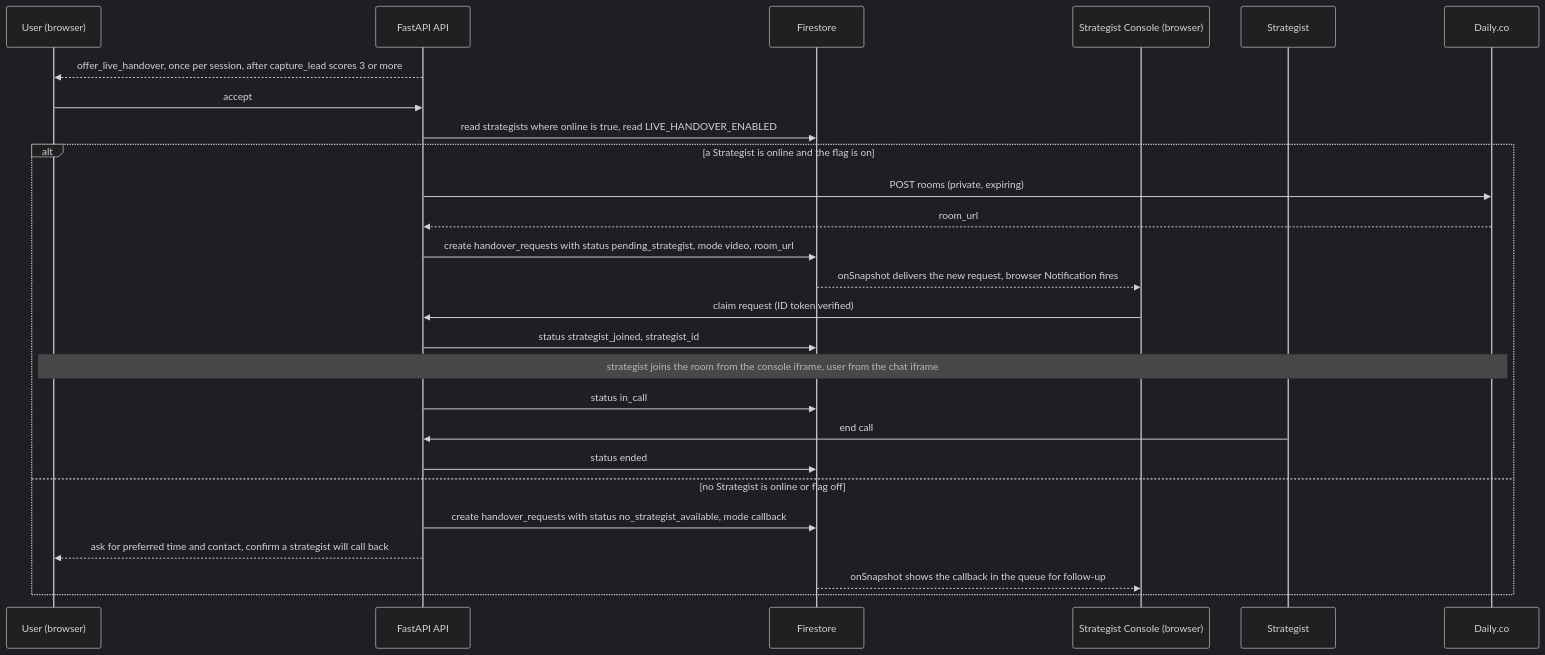
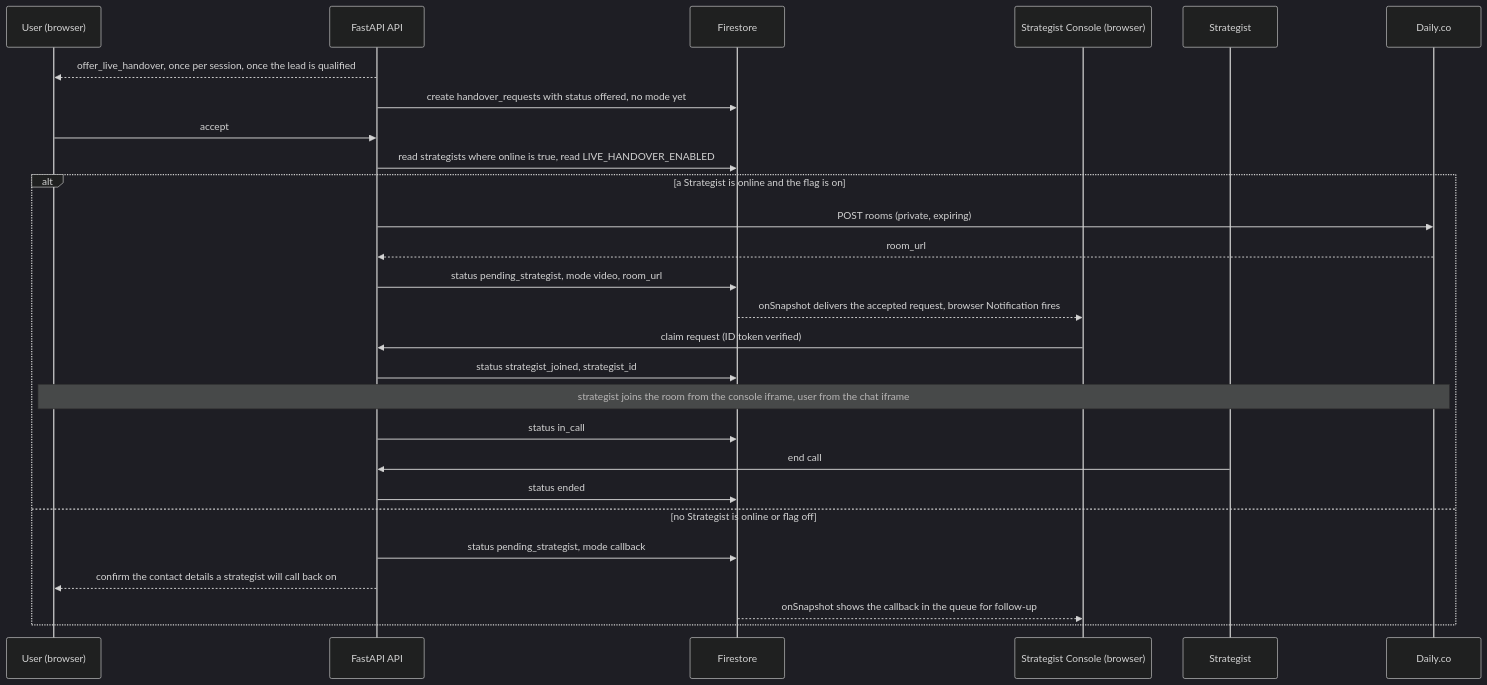
One commit to gsbecerrag/cadre-ai-challenge changed the fourth of 7 diagrams in docs/architecture.md. Above: the diagram before and after it, drawn with Mermaid (dark theme). The commit also changed other lines of this file and 1 other file, not shown here.

First line of the commit message:
docs(handover): correct the offer gate and the request lifecycle

````diff
--- a/docs/architecture.md
+++ b/docs/architecture.md
@@ -110,28 +110,29 @@
 ```mermaid
 sequenceDiagram
   participant U as User (browser)
   participant A as FastAPI API
   participant F as Firestore
   participant C as Strategist Console (browser)
   participant G as Strategist
   participant D as Daily.co
-  A-->>U: offer_live_handover, once per session, after capture_lead scores 3 or more
+  A-->>U: offer_live_handover, once per session, once the lead is qualified
+  A->>F: create handover_requests with status offered, no mode yet
   U->>A: accept
   A->>F: read strategists where online is true, read LIVE_HANDOVER_ENABLED
   alt a Strategist is online and the flag is on
     A->>D: POST rooms (private, expiring)
     D-->>A: room_url
-    A->>F: create handover_requests with status pending_strategist, mode video, room_url
-    F-->>C: onSnapshot delivers the new request, browser Notification fires
+    A->>F: status pending_strategist, mode video, room_url
+    F-->>C: onSnapshot delivers the accepted request, browser Notification fires
     C->>A: claim request (ID token verified)
     A->>F: status strategist_joined, strategist_id
     Note over U,D: strategist joins the room from the console iframe, user from the chat iframe
     A->>F: status in_call
     G->>A: end call
     A->>F: status ended
   else no Strategist is online or flag off
-    A->>F: create handover_requests with status no_strategist_available, mode callback
-    A-->>U: ask for preferred time and contact, confirm a strategist will call back
+    A->>F: status pending_strategist, mode callback
+    A-->>U: confirm the contact details a strategist will call back on
     F-->>C: onSnapshot shows the callback in the queue for follow-up
   end
 ```
````
